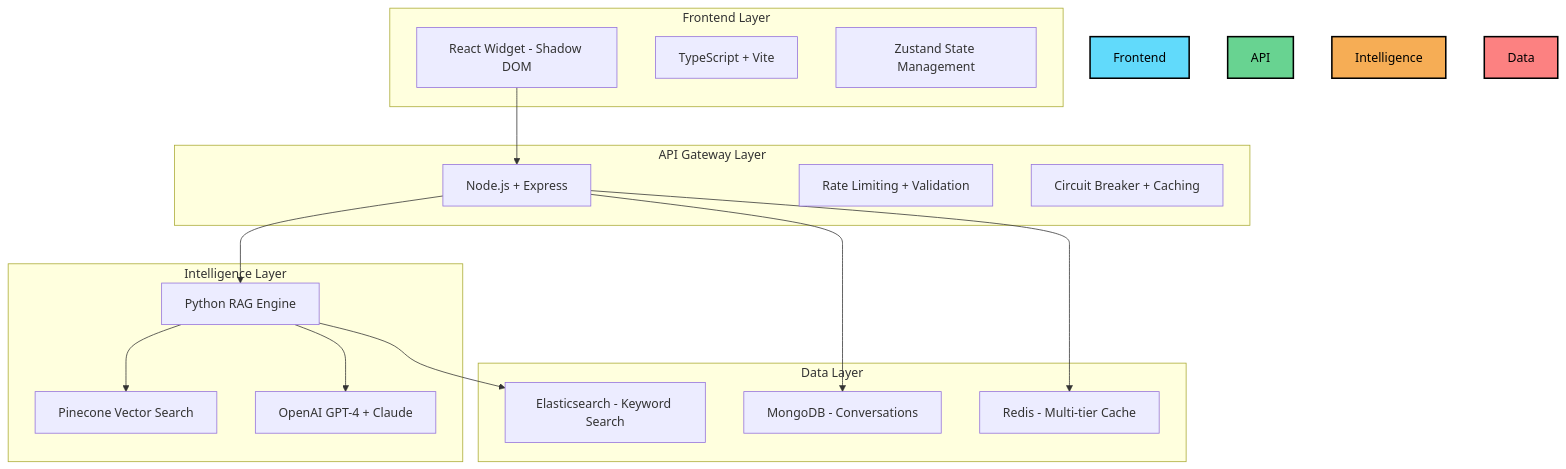
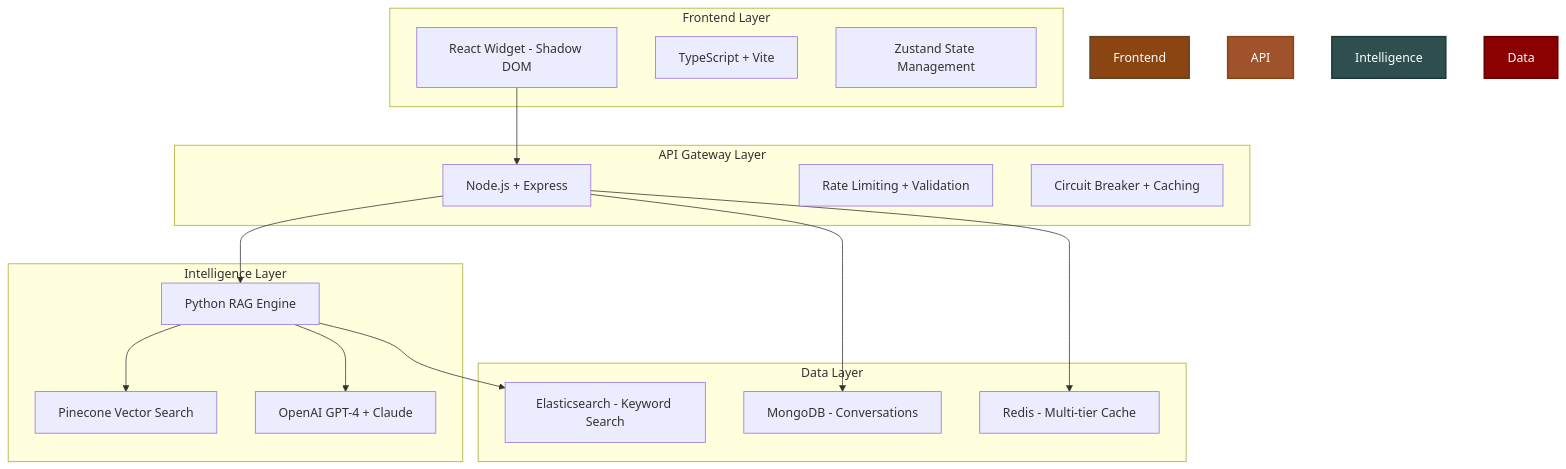
The diagram in README.md (TensorScholar/commerce-support-advisor), drawn with Mermaid before and after one commit.

Commit message:
style: Update Mermaid diagram colors to dark warm rich palette
- Frontend: Saddle Brown (8B4513) with darker brown stroke
- API: Sienna (A0522D) with saddle brown stroke
- Intelligence: Dark Slate Gray (2F4F4F) with darker teal stroke
- Data: Dark Red (8B0000) with darker red stroke
- All text changed to white for better contrast
- Colors now match the badge palette for consistency

````diff
--- a/README.md
+++ b/README.md
@@ -20,39 +20,39 @@
 ```mermaid
 graph TD
     subgraph Frontend Layer
         A[React Widget - Shadow DOM]
         B[TypeScript + Vite]
         C[Zustand State Management]
     end
 
     subgraph API Gateway Layer
         D[Node.js + Express]
         E[Rate Limiting + Validation]
         F[Circuit Breaker + Caching]
     end
 
     subgraph Intelligence Layer
         G[Python RAG Engine]
         H[OpenAI GPT-4 + Claude]
         I[Pinecone Vector Search]
     end
 
     subgraph Data Layer
         J[MongoDB - Conversations]
         K[Redis - Multi-tier Cache]
         L[Elasticsearch - Keyword Search]
     end
 
     A --> D
     D --> G
     G --> I
     G --> H
     D --> J
     D --> K
     G --> L
 
-    style Frontend fill:#61dafb,stroke:#000,stroke-width:2px,color:#000
-    style API fill:#68d391,stroke:#000,stroke-width:2px,color:#000
-    style Intelligence fill:#f6ad55,stroke:#000,stroke-width:2px,color:#000
-    style Data fill:#fc8181,stroke:#000,stroke-width:2px,color:#000
+    style Frontend fill:#8B4513,stroke:#654321,stroke-width:2px,color:#fff
+    style API fill:#A0522D,stroke:#8B4513,stroke-width:2px,color:#fff
+    style Intelligence fill:#2F4F4F,stroke:#1C3A3A,stroke-width:2px,color:#fff
+    style Data fill:#8B0000,stroke:#660000,stroke-width:2px,color:#fff
 ```
````
